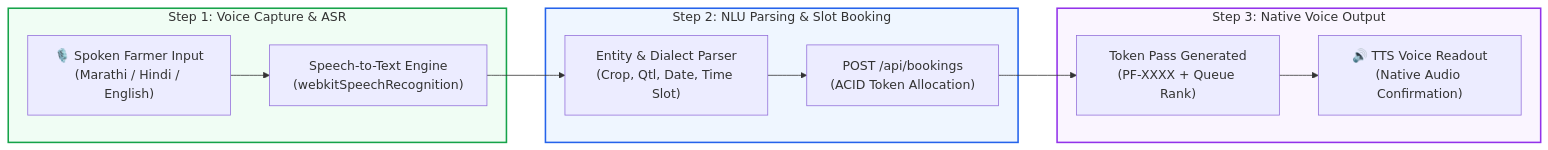
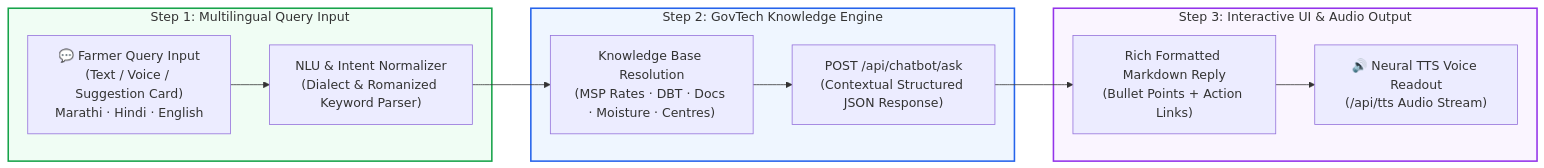
The first of 4 diagrams in README.md (ayus0109/ProcureFlow), drawn with Mermaid before and after one commit. The commit also changed other lines of this file, not shown here.

Commit message:
docs: update README with Kisan Sahayak AI Chatbot, 3-step wizard, operating slots, and technical flowcharts

````diff
--- a/README.md
+++ b/README.md
@@ -81,20 +94,20 @@
 ```mermaid
 flowchart LR
-    subgraph Step1 ["Step 1: Voice Capture & ASR"]
-        A["🎙️ Spoken Farmer Input<br/>(Marathi / Hindi / English)"] --> B["Speech-to-Text Engine<br/>(webkitSpeechRecognition)"]
+    subgraph Step1 ["Step 1: Multilingual Query Input"]
+        A["💬 Farmer Query Input<br/>(Text / Voice / Suggestion Card)<br/>Marathi · Hindi · English"] --> B["NLU & Intent Normalizer<br/>(Dialect & Romanized Keyword Parser)"]
     end
 
-    subgraph Step2 ["Step 2: NLU Parsing & Slot Booking"]
-        B --> C["Entity & Dialect Parser<br/>(Crop, Qtl, Date, Time Slot)"]
-        C --> D["POST /api/bookings<br/>(ACID Token Allocation)"]
+    subgraph Step2 ["Step 2: GovTech Knowledge Engine"]
+        B --> C["Knowledge Base Resolution<br/>(MSP Rates · DBT · Docs · Moisture · Centres)"]
+        C --> D["POST /api/chatbot/ask<br/>(Contextual Structured JSON Response)"]
     end
 
-    subgraph Step3 ["Step 3: Native Voice Output"]
-        D --> E["Token Pass Generated<br/>(PF-XXXX + Queue Rank)"]
-        E --> F["🔊 TTS Voice Readout<br/>(Native Audio Confirmation)"]
+    subgraph Step3 ["Step 3: Interactive UI & Audio Output"]
+        D --> E["Rich Formatted Markdown Reply<br/>(Bullet Points + Action Links)"]
+        E --> F["🔊 Neural TTS Voice Readout<br/>(/api/tts Audio Stream)"]
     end
 
     style Step1 fill:#f0fdf4,stroke:#16a34a,stroke-width:2px
     style Step2 fill:#eff6ff,stroke:#2563eb,stroke-width:2px
     style Step3 fill:#faf5ff,stroke:#9333ea,stroke-width:2px
 ```
````
